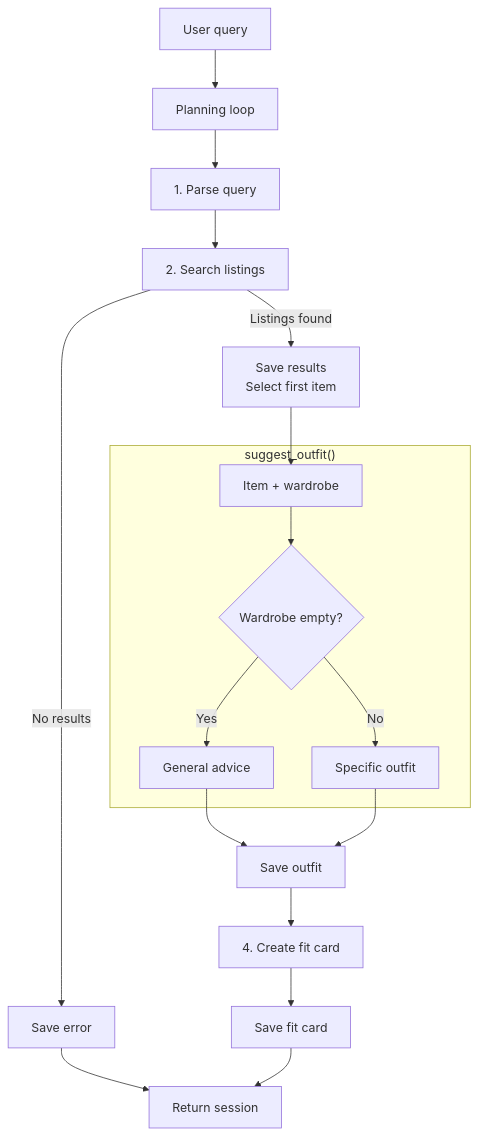
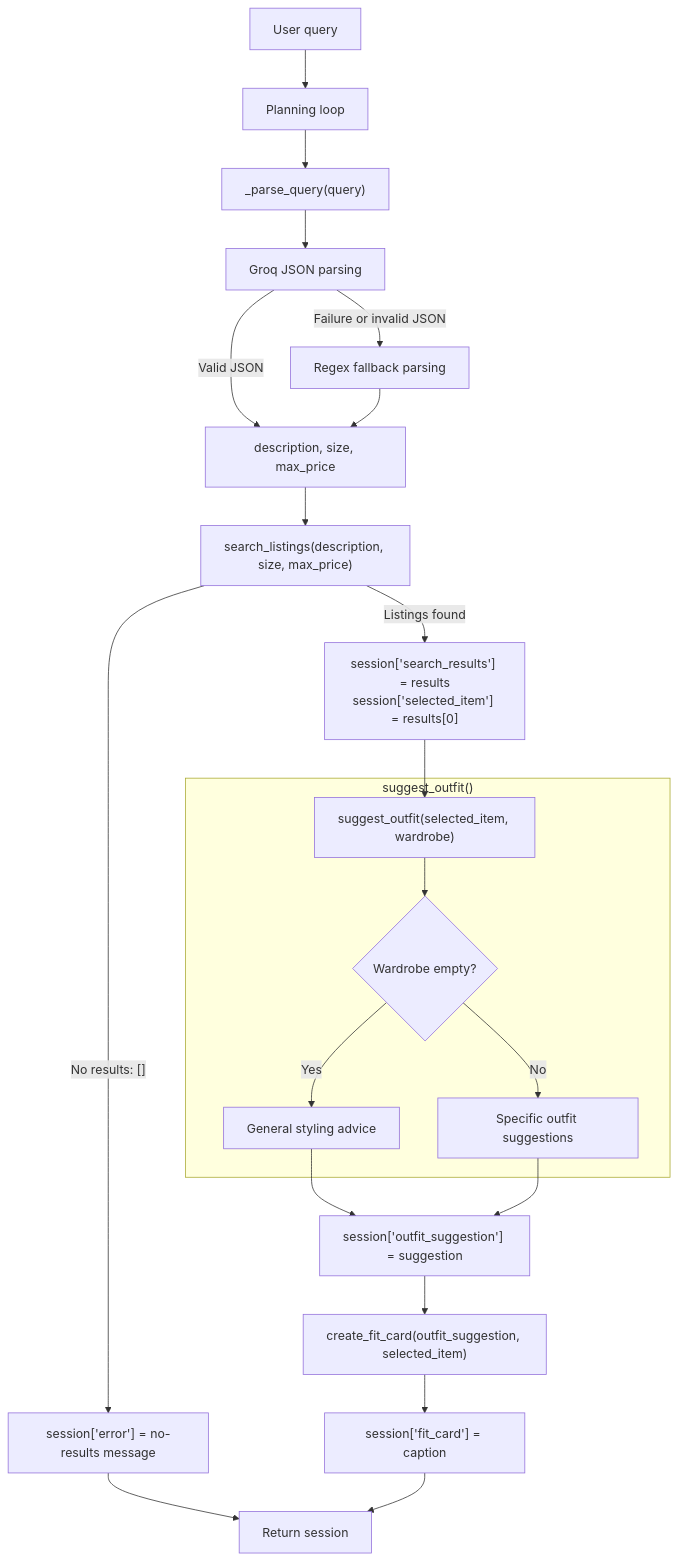
The diagram in README.md (b6tang/ai201-project2-fitfindr-starter), drawn with Mermaid before and after one commit. The commit also changed other lines of this file and 1 other file, not shown here.

Commit message:
Improve query parsing and add agent tests

````diff
--- a/README.md
+++ b/README.md
@@ -97,24 +98,32 @@
 ```mermaid
 graph TD
     A["User query"] --> B["Planning loop"]
-    B --> C["1. Parse query"]
-    C --> D["2. Search listings"]
 
-    D -->|"No results"| E["Save error"]
-    E --> N["Return session"]
+    B --> C["_parse_query(query)"]
+    C --> D["Groq JSON parsing"]
+    D -->|"Valid JSON"| E["description, size, max_price"]
+    D -->|"Failure or invalid JSON"| F["Regex fallback parsing"]
+    F --> E
 
-    D -->|"Listings found"| F["Save results<br/>Select first item"]
-    F --> G
+    E --> G["search_listings(description, size, max_price)"]
+
+    G -->|"No results: []"| H["session['error'] = no-results message"]
+    H --> N["Return session early"]
+
+    G -->|"Listings found"| I["session['search_results'] = results<br/>session['selected_item'] = results[0]"]
+
+    I --> J["suggest_outfit(selected_item, wardrobe)"]
 
     subgraph S["suggest_outfit()"]
-        G["Item + wardrobe"] --> H{"Wardrobe empty?"}
-        H -->|"Yes"| I["General advice"]
-        H -->|"No"| J["Specific outfit"]
+        J --> K{"Wardrobe empty?"}
+        K -->|"Yes"| L["General styling advice"]
+        K -->|"No"| M["Specific outfit suggestions"]
     end
 
-    I --> K["Save outfit"]
-    J --> K
-    K --> L["4. Create fit card"]
-    L --> M["Save fit card"]
-    M --> N
+    L --> O["session['outfit_suggestion'] = suggestion"]
+    M --> O
+
+    O --> P["create_fit_card(outfit_suggestion, selected_item)"]
+    P --> Q["session['fit_card'] = caption"]
+    Q --> N["Return session"]
 ```
````
